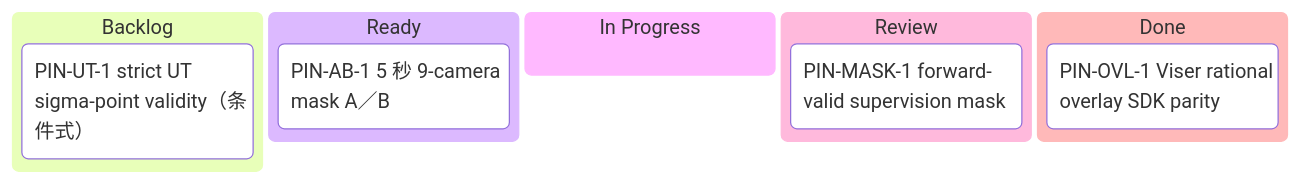
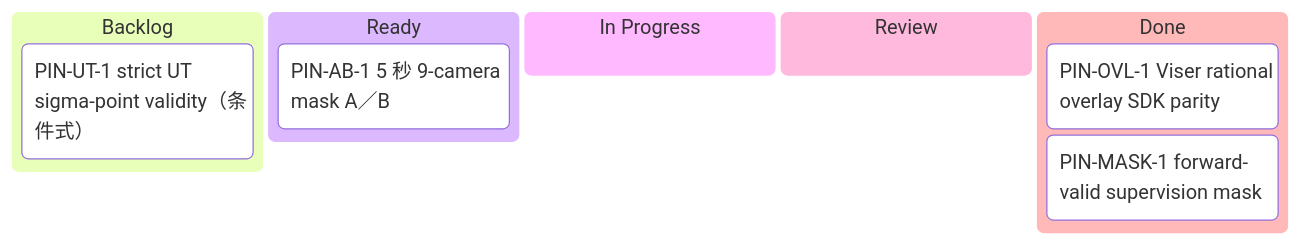
The first of 2 diagrams in docs/pinhole_camera_kanban.md (etendue/3dgrut), drawn with Mermaid before and after one commit. The commit also changed other lines of this file, not shown here.

Commit message:
docs(pinhole): mark forward-valid mask done

````diff
--- a/docs/pinhole_camera_kanban.md
+++ b/docs/pinhole_camera_kanban.md
@@ -9,12 +9,12 @@
 ```mermaid
 kanban
   backlog[Backlog]
     PIN-UT-1[PIN-UT-1 strict UT sigma-point validity（条件式）]
   ready[Ready]
     PIN-AB-1[PIN-AB-1 5 秒 9-camera mask A／B]
   active[In Progress]
   review[Review]
-    PIN-MASK-1[PIN-MASK-1 forward-valid supervision mask]
   done[Done]
     PIN-OVL-1[PIN-OVL-1 Viser rational overlay SDK parity]
+    PIN-MASK-1[PIN-MASK-1 forward-valid supervision mask]
 ```
````
